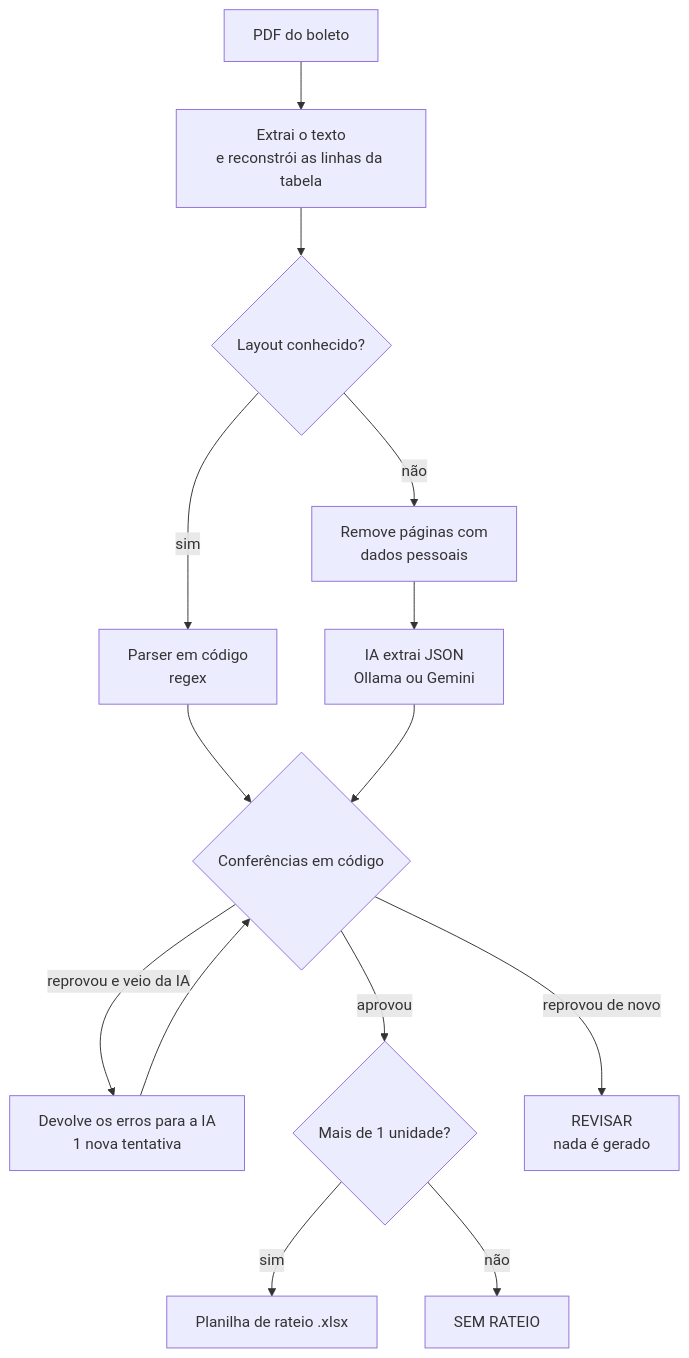
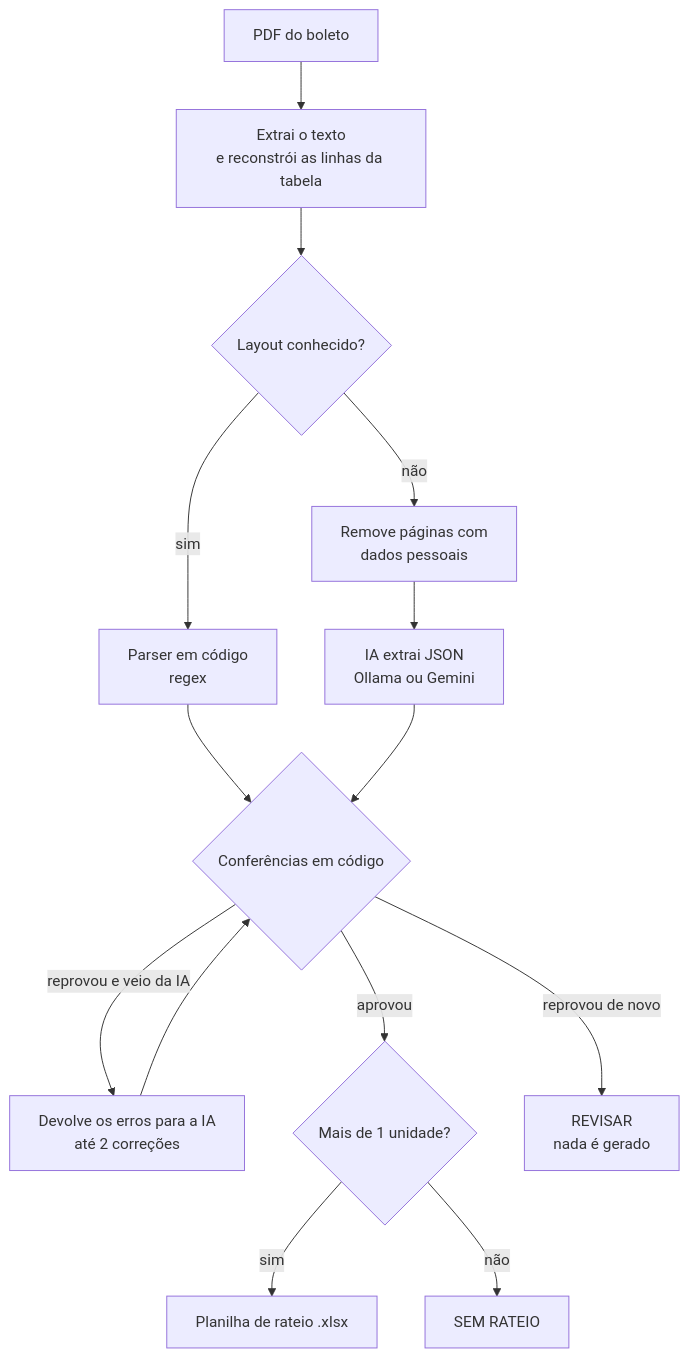
One commit to andrecroccia/leitor-boletos-ia changed the diagram in README.md. Above: the diagram before and after it, drawn with Mermaid. The commit also changed other lines of this file and 10 other files, not shown here.

First line of the commit message:
Teste real com Ollama (qwen2.5:3b): conferências de CNPJ e até 2 correções

````diff
--- a/README.md
+++ b/README.md
@@ -17,16 +17,16 @@
 ```mermaid
 flowchart TD
     A[PDF do boleto] --> B[Extrai o texto<br/>e reconstrói as linhas da tabela]
     B --> C{Layout conhecido?}
     C -- sim --> D[Parser em código<br/>regex]
     C -- não --> E[Remove páginas com<br/>dados pessoais]
     E --> F[IA extrai JSON<br/>Ollama ou Gemini]
     D --> G{Conferências em código}
     F --> G
-    G -- reprovou e veio da IA --> H[Devolve os erros para a IA<br/>1 nova tentativa]
+    G -- reprovou e veio da IA --> H[Devolve os erros para a IA<br/>até 2 correções]
     H --> G
     G -- aprovou --> I{Mais de 1 unidade?}
     G -- reprovou de novo --> R[REVISAR<br/>nada é gerado]
     I -- sim --> J[Planilha de rateio .xlsx]
     I -- não --> K[SEM RATEIO]
 ```
````
